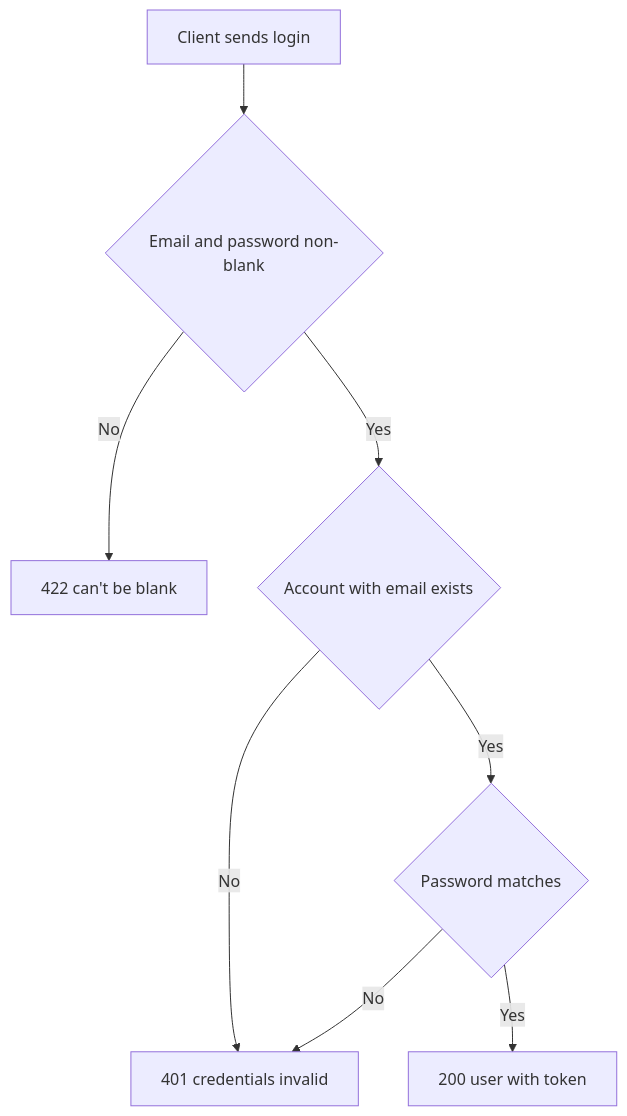
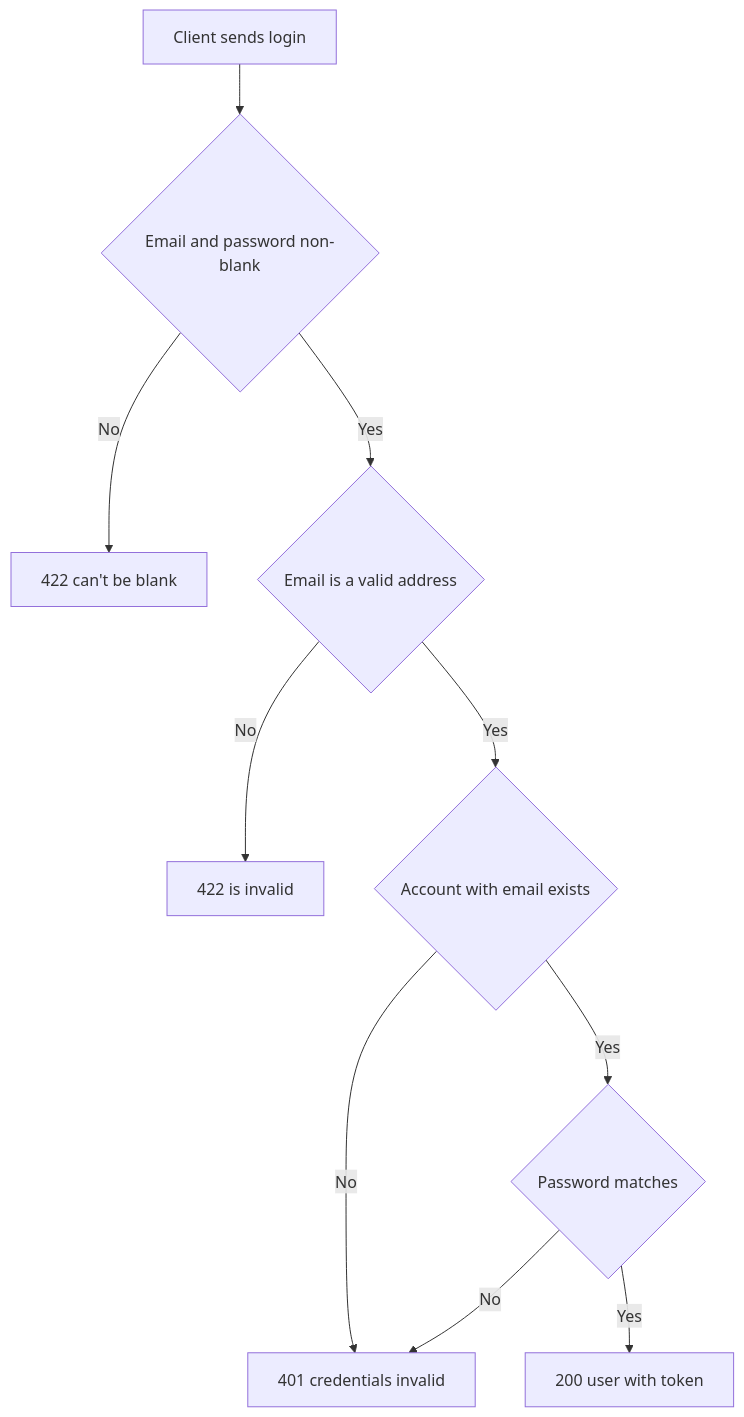
Before and after one commit to Sienna94/crumbs-spec-conduit: the diagram in usage/docs/specs/api/users/login.md, drawn with Mermaid. The commit also changed other lines of this file and 4 other files, not shown here.

````diff
--- a/usage/docs/specs/api/users/login.md
+++ b/usage/docs/specs/api/users/login.md
@@ -26,10 +26,12 @@
 ```mermaid
 flowchart TD
     A[Client sends login] --> B{Email and password non-blank}
     B -->|No| C[422 can't be blank]
-    B -->|Yes| D{Account with email exists}
+    B -->|Yes| B2{Email is a valid address}
+    B2 -->|No| C2[422 is invalid]
+    B2 -->|Yes| D{Account with email exists}
     D -->|No| E[401 credentials invalid]
     D -->|Yes| F{Password matches}
     F -->|No| E
     F -->|Yes| G[200 user with token]
 ```
````
